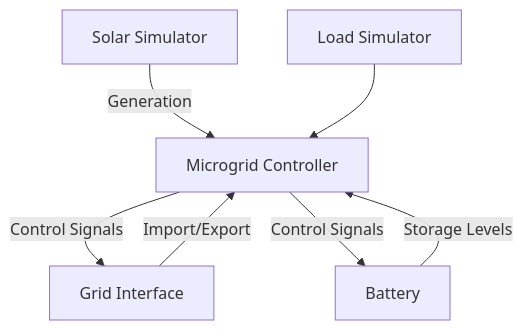
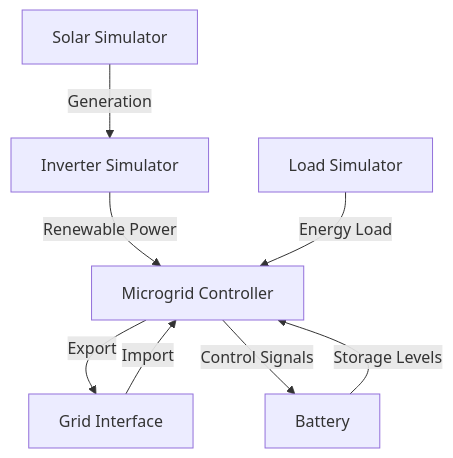
Before and after one commit to Julian-Banks/roots_microgrid: the diagram in README.md, drawn with Mermaid. The commit also changed other lines of this file, not shown here.

````diff
--- a/README.md
+++ b/README.md
@@ -7,9 +7,10 @@
 ```mermaid
 graph TD
-    Solar[Solar Simulator] -->|Generation| Microgrid[Microgrid Controller]
-    Grid[Grid Interface] -->|Import/Export| Microgrid[Microgrid Controller]
-    Load[Load Simulator] --> Microgrid[Microgrid Controller]
+    Solar[Solar Simulator] -->|Generation| Inverter
+    Inverter[Inverter Simulator] --> |Renewable Power| Microgrid[Microgrid Controller]
+    Grid[Grid Interface] -->|Import| Microgrid[Microgrid Controller]
+    Load[Load Simulator] --> |Energy Load| Microgrid[Microgrid Controller]
     Battery -->|Storage Levels| Microgrid
-    Microgrid -->|Control Signals| Grid
+    Microgrid -->|Export| Grid
     Microgrid -->|Control Signals| Battery
 ```
````
